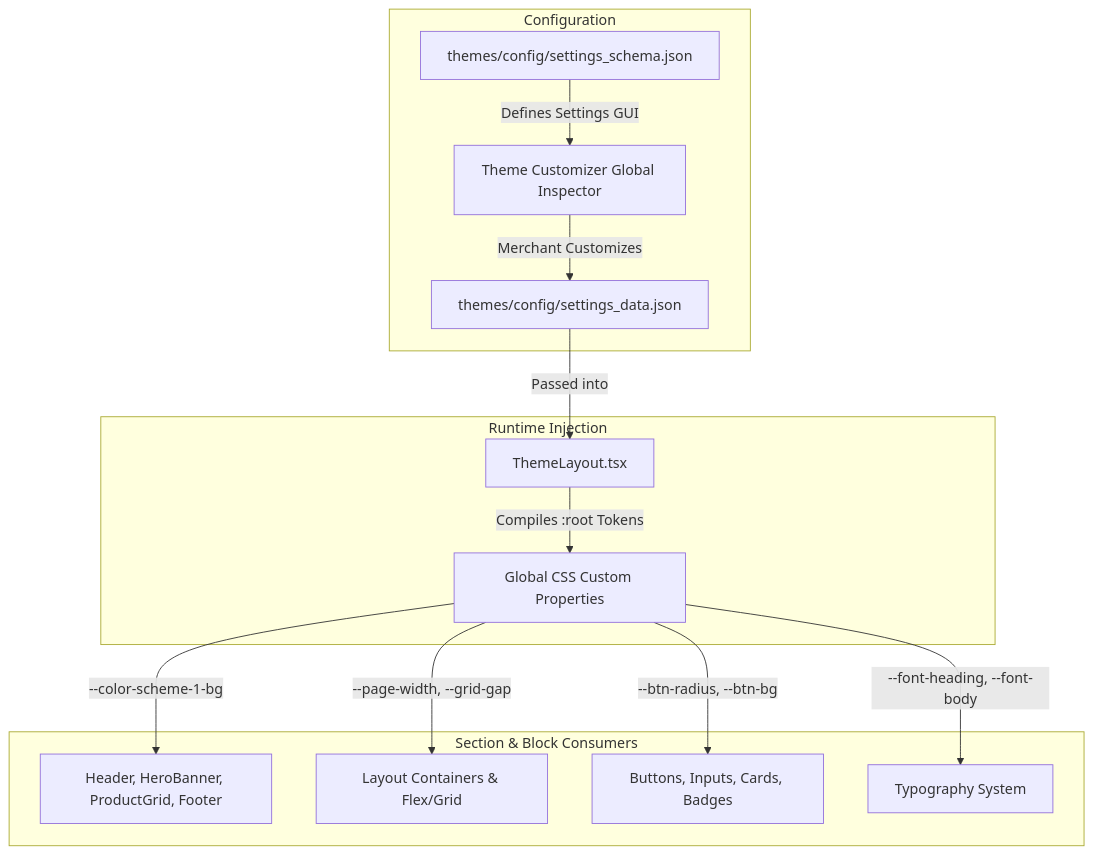
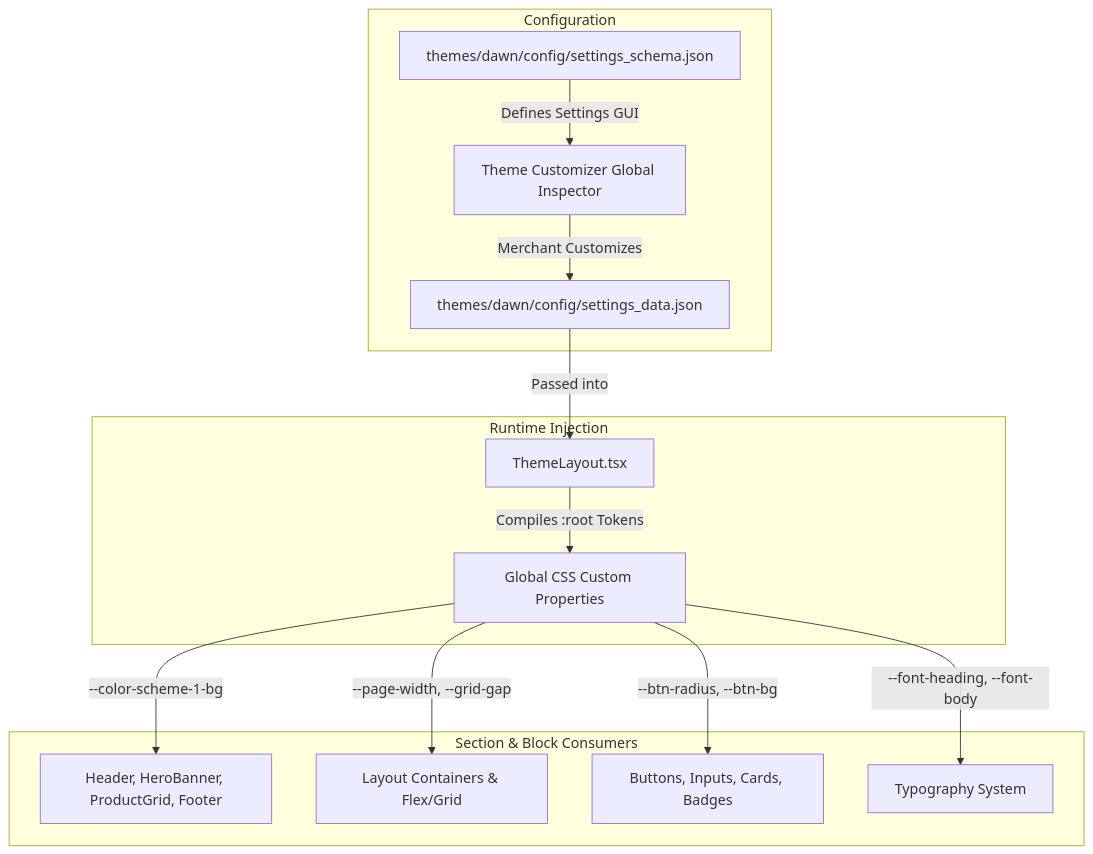
One commit to Nexavira/teras-sapa-FE changed the diagram in docs/global-theme-settings.md. Above: the diagram before and after it, drawn with Mermaid. The commit also changed other lines of this file and 127 other files, not shown here.

Commit message:
refactor: reorganize theme files and components into dedicated dawn theme directory

````diff
--- a/docs/global-theme-settings.md
+++ b/docs/global-theme-settings.md
@@ -19,19 +19,19 @@
 ```mermaid
 graph TD
     subgraph Configuration
-        A[themes/config/settings_schema.json] -->|Defines Settings GUI| B[Theme Customizer Global Inspector]
-        B -->|Merchant Customizes| C[themes/config/settings_data.json]
+        A[themes/dawn/config/settings_schema.json] -->|Defines Settings GUI| B[Theme Customizer Global Inspector]
+        B -->|Merchant Customizes| C[themes/dawn/config/settings_data.json]
     end
 
     subgraph Runtime Injection
         C -->|Passed into| D[ThemeLayout.tsx]
         D -->|Compiles :root Tokens| E[Global CSS Custom Properties]
     end
 
     subgraph Section & Block Consumers
         E -->|--color-scheme-1-bg| F[Header, HeroBanner, ProductGrid, Footer]
         E -->|--page-width, --grid-gap| G[Layout Containers & Flex/Grid]
         E -->|--btn-radius, --btn-bg| H[Buttons, Inputs, Cards, Badges]
         E -->|--font-heading, --font-body| I[Typography System]
     end
 ```
````
